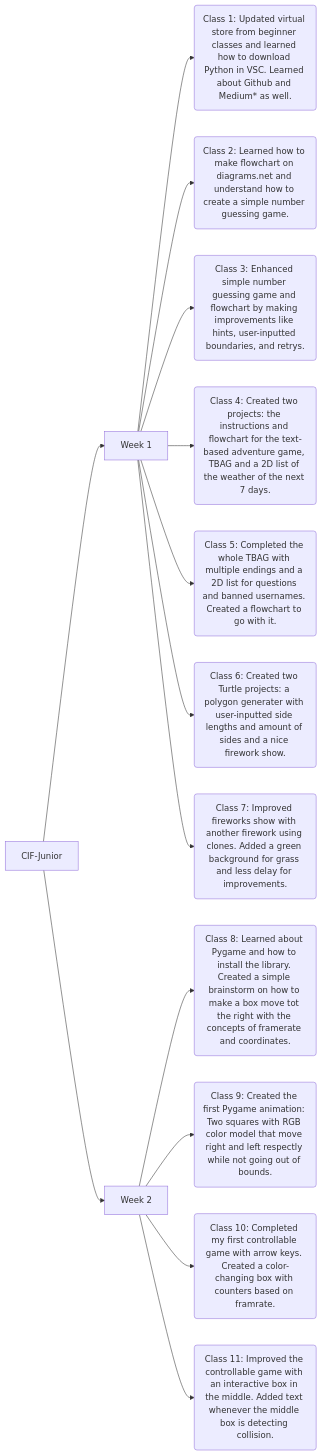
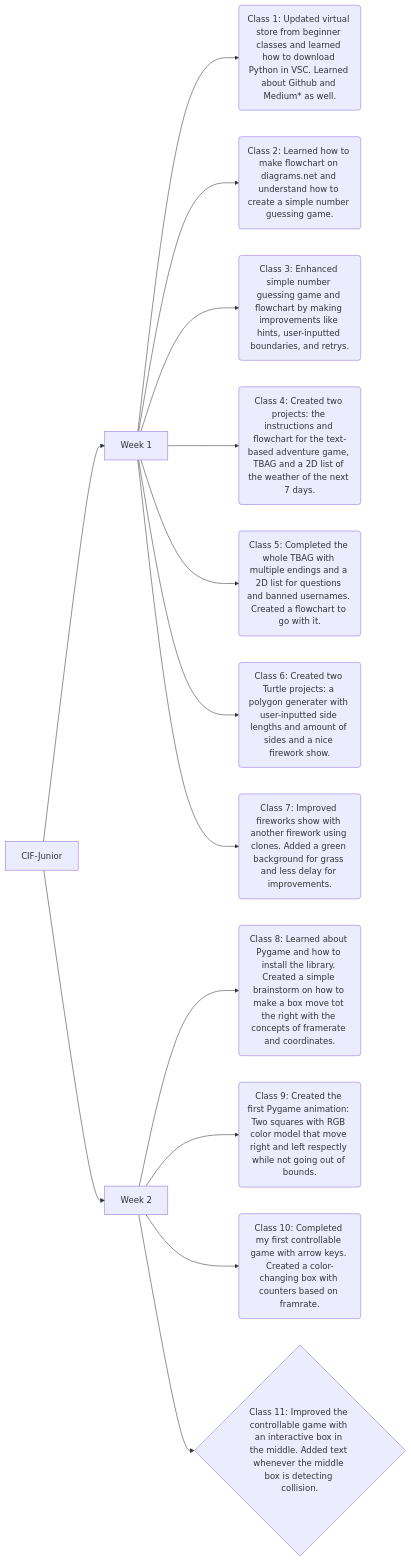
One commit to deoclabber/CIF-Junior changed the diagram in README.md. Above: the diagram before and after it, drawn with Mermaid.

Commit message:
Fix formatting in README for Class 11 description

````diff
--- a/README.md
+++ b/README.md
@@ -10,17 +10,17 @@
 ```mermaid
 graph LR;
   A[CIF-Junior] --> B[Week 1];
   A --> C[Week 2];
   B --> F(Class 1: Updated virtual store from beginner classes and learned how to download Python in VSC. Learned about Github and Medium* as well.);
   B --> G(Class 2: Learned how to make flowchart on diagrams.net and understand how to create a simple number guessing game.);
   B --> H(Class 3: Enhanced simple number guessing game and flowchart by making improvements like hints, user-inputted boundaries, and retrys.);
   B --> I(Class 4: Created two projects: the instructions and flowchart for the text-based adventure game, TBAG and a 2D list of the weather of the next 7 days.);
   B --> J(Class 5: Completed the whole TBAG with multiple endings and a 2D list for questions and banned usernames. Created a flowchart to go with it.);
   B --> K(Class 6: Created two Turtle projects: a polygon generater with user-inputted side lengths and amount of sides and a nice firework show.);
   B --> L(Class 7: Improved fireworks show with another firework using clones. Added a green background for grass and less delay for improvements.);
 
   C --> M(Class 8: Learned about Pygame and how to install the library. Created a simple brainstorm on how to make a box move tot the right with the concepts of framerate and coordinates.);
   C --> N(Class 9: Created the first Pygame animation: Two squares with RGB color model that move right and left respectly while not going out of bounds.);
   C --> O(Class 10: Completed my first controllable game with arrow keys. Created a color-changing box with counters based on framrate.);
-  C --> Q(Class 11: Improved the controllable game with an interactive box in the middle. Added text whenever the middle box is detecting collision.)
+  C --> Q{Class 11: Improved the controllable game with an interactive box in the middle. Added text whenever the middle box is detecting collision.};
 ```
````
